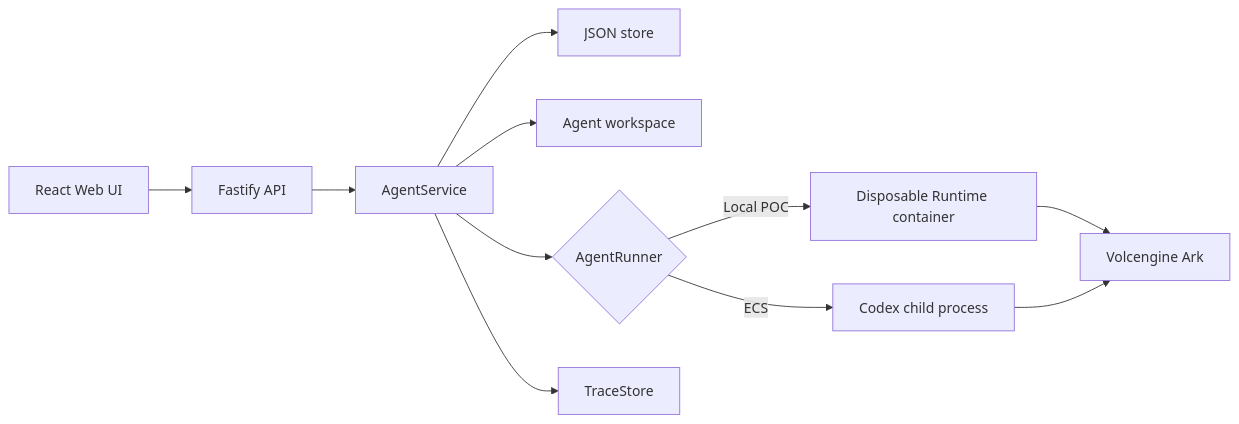
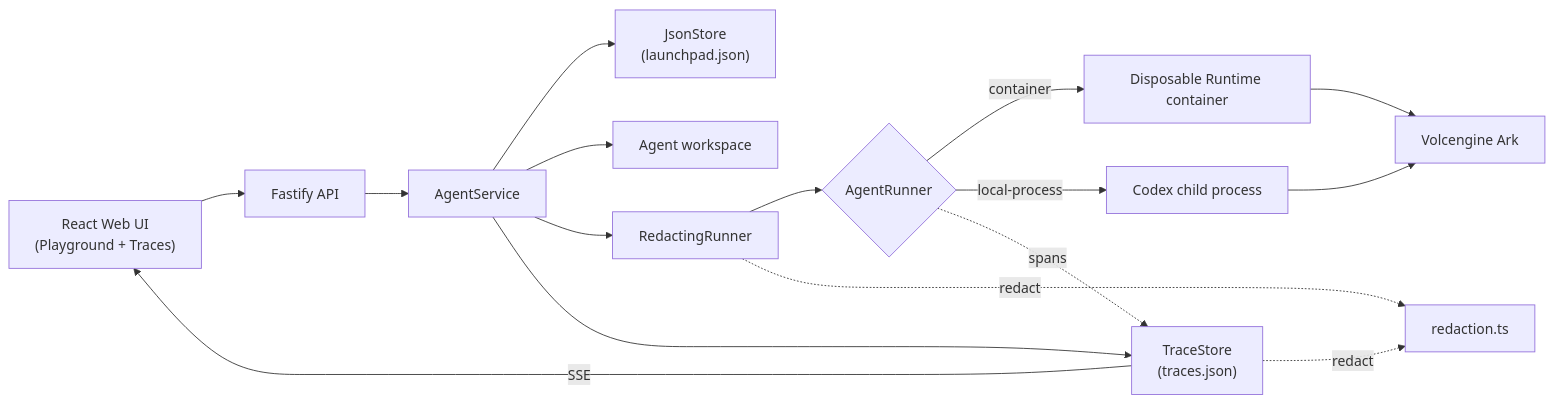
The first of 2 diagrams in docs/ARCHITECTURE.md (Aresa-00/tiktok-techjam-2026-project), drawn with Mermaid before and after one commit. The commit also changed other lines of this file and 1 other file, not shown here.

````diff
--- a/docs/ARCHITECTURE.md
+++ b/docs/ARCHITECTURE.md
@@ -5,13 +5,18 @@
 ```mermaid
 flowchart LR
-    UI["React Web UI"] --> API["Fastify API"]
+    UI["React Web UI<br/>(Playground + Traces)"] --> API["Fastify API"]
     API --> Service["AgentService"]
-    Service --> Store["JSON store"]
+    Service --> Store["JsonStore<br/>(launchpad.json)"]
     Service --> Workspace["Agent workspace"]
-    Service --> Runner{"AgentRunner"}
-    Runner -->|Local POC| Container["Disposable Runtime container"]
-    Runner -->|ECS| Process["Codex child process"]
+    Service --> Runner["RedactingRunner"]
+    Runner --> Base{"AgentRunner"}
+    Base -->|container| Container["Disposable Runtime container"]
+    Base -->|local-process| Process["Codex child process"]
     Container --> Ark["Volcengine Ark"]
     Process --> Ark
-    Service --> Traces["TraceStore"]
+    Service --> Traces["TraceStore<br/>(traces.json)"]
+    Base -. spans .-> Traces
+    Runner -. redact .-> Redaction["redaction.ts"]
+    Traces -. redact .-> Redaction
+    Traces -->|SSE| UI
 ```
````
